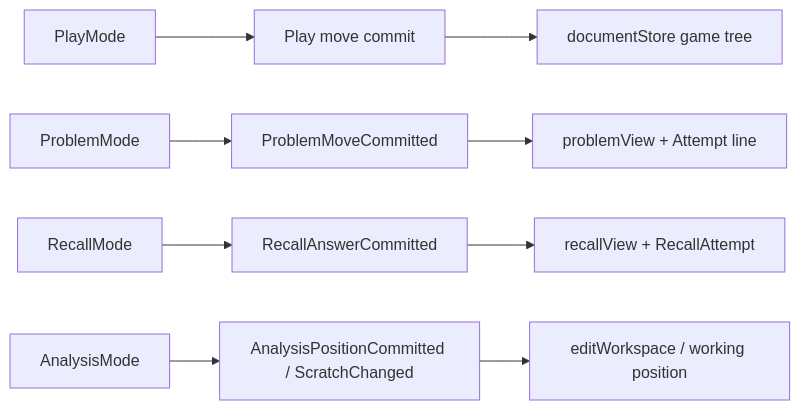
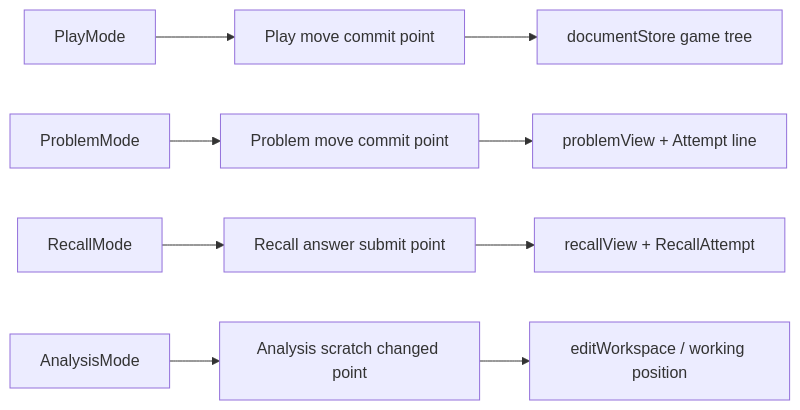
Before and after one commit to Gaogao417/Sabaki: the fourth of 4 diagrams in docs/design/play-move-committed-architecture.md, drawn with Mermaid. The commit also changed other lines of this file and 2 other files, not shown here.

Commit message:
docs: align play move commit architecture

````diff
--- a/docs/design/play-move-committed-architecture.md
+++ b/docs/design/play-move-committed-architecture.md
@@ -243,12 +261,12 @@
 ```mermaid
 flowchart LR
-  P["PlayMode"] --> P1["Play move commit"]
-  PR["ProblemMode"] --> PR1["ProblemMoveCommitted"]
-  R["RecallMode"] --> R1["RecallAnswerCommitted"]
-  A["AnalysisMode"] --> A1["AnalysisPositionCommitted / ScratchChanged"]
+  P["PlayMode"] --> P1["Play move commit point"]
+  PR["ProblemMode"] --> PR1["Problem move commit point"]
+  R["RecallMode"] --> R1["Recall answer submit point"]
+  A["AnalysisMode"] --> A1["Analysis scratch changed point"]
 
   P1 --> D["documentStore game tree"]
   PR1 --> PV["problemView + Attempt line"]
   R1 --> RV["recallView + RecallAttempt"]
   A1 --> EW["editWorkspace / working position"]
 ```
````
